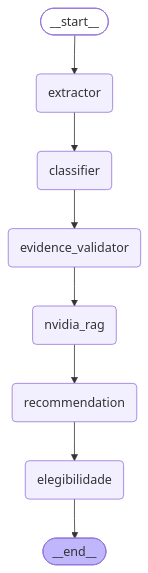
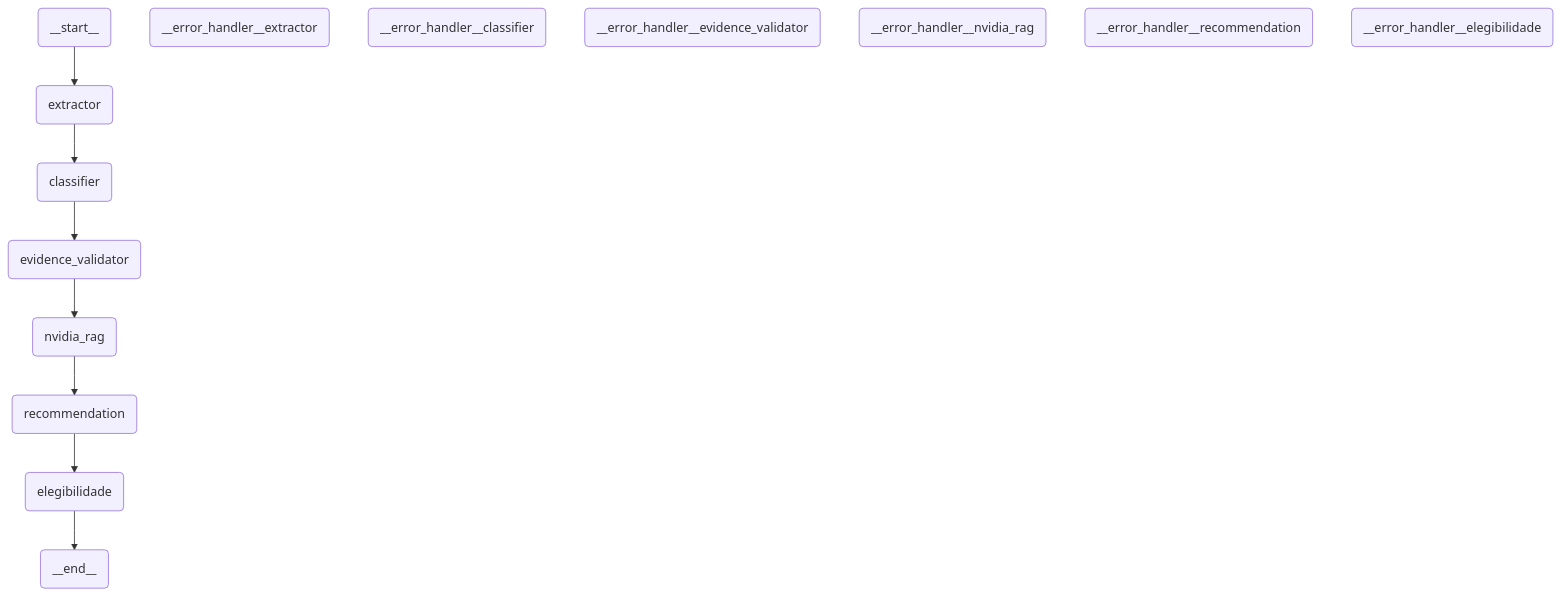
One commit to viniciuscastiglia/nvidia-startup-ai-radar changed the diagram in docs/subgrafo-analise.mmd. Above: the diagram before and after it, drawn with Mermaid. The commit also changed 8 other files, not shown here.

```diff
--- a/docs/subgrafo-analise.mmd
+++ b/docs/subgrafo-analise.mmd
@@ -1,24 +1,30 @@
 ---
 config:
   flowchart:
     curve: linear
 ---
 graph TD;
-	__start__([<p>__start__</p>]):::first
+	__start__(<p>__start__</p>)
+	__error_handler__extractor(__error_handler__extractor)
 	extractor(extractor)
+	__error_handler__classifier(__error_handler__classifier)
 	classifier(classifier)
+	__error_handler__evidence_validator(__error_handler__evidence_validator)
 	evidence_validator(evidence_validator)
+	__error_handler__nvidia_rag(__error_handler__nvidia_rag)
 	nvidia_rag(nvidia_rag)
+	__error_handler__recommendation(__error_handler__recommendation)
 	recommendation(recommendation)
+	__error_handler__elegibilidade(__error_handler__elegibilidade)
 	elegibilidade(elegibilidade)
-	__end__([<p>__end__</p>]):::last
+	__end__(<p>__end__</p>)
 	__start__ --> extractor;
 	classifier --> evidence_validator;
 	evidence_validator --> nvidia_rag;
 	extractor --> classifier;
 	nvidia_rag --> recommendation;
 	recommendation --> elegibilidade;
 	elegibilidade --> __end__;
 	classDef default fill:#f2f0ff,line-height:1.2
 	classDef first fill-opacity:0
 	classDef last fill:#bfb6fc
```
